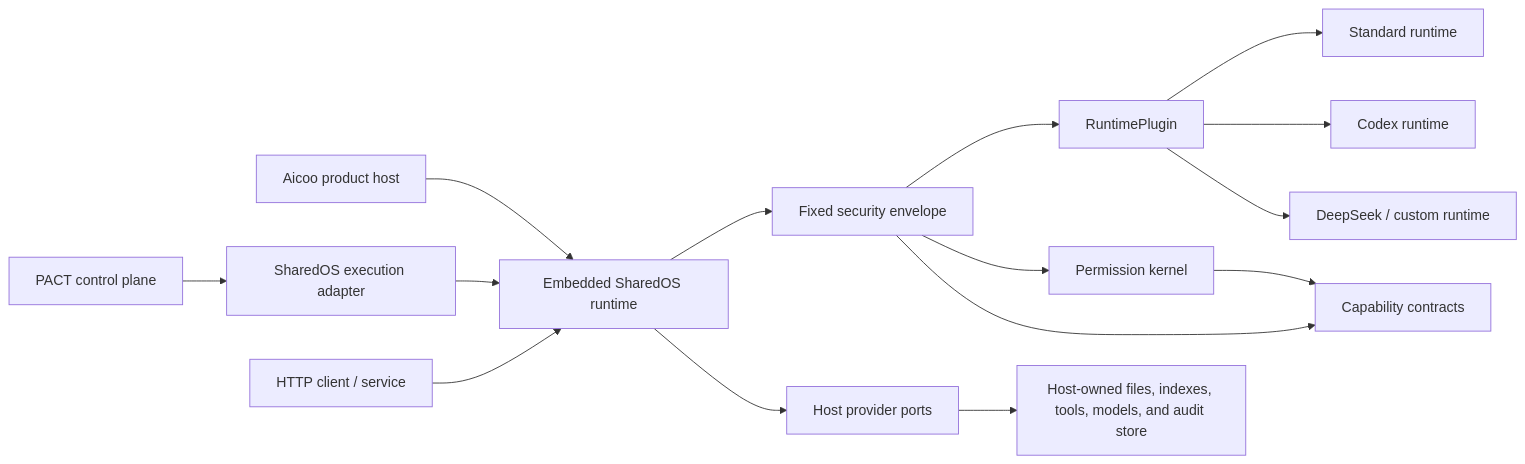
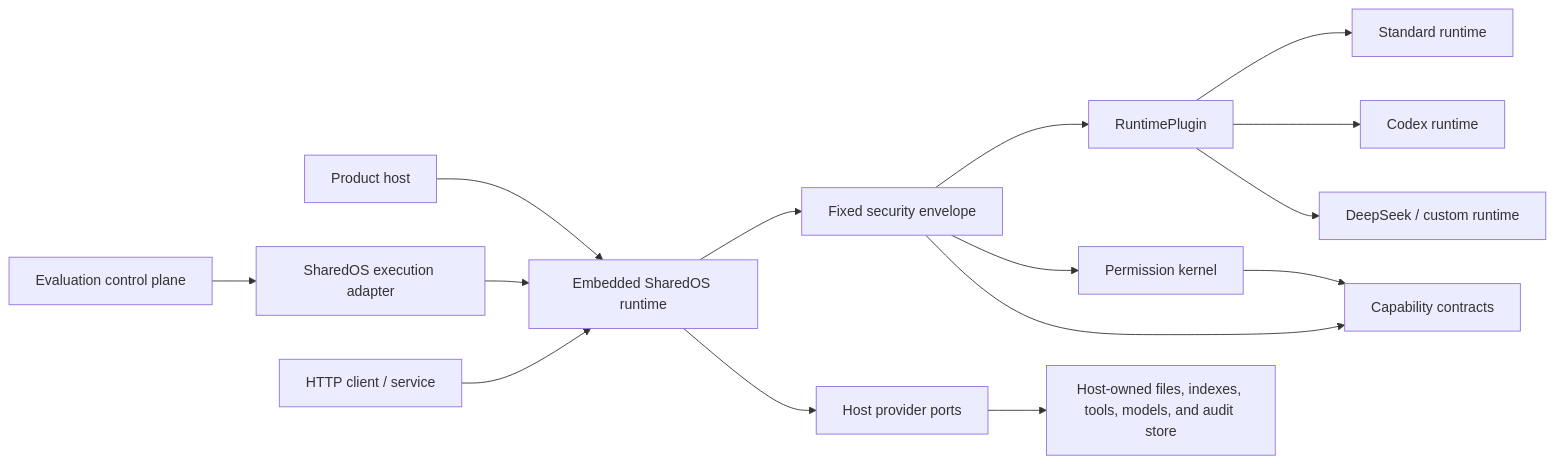
Before and after one commit to Aicoo-Team/SharedOS: the diagram in README.md, drawn with Mermaid. The commit also changed other lines of this file and 14 other files, not shown here.

First line of the commit message:
docs: explain why SharedOS exists and drop host-specific naming

````diff
--- a/README.md
+++ b/README.md
@@ -87,17 +87,17 @@
 ```mermaid
 flowchart LR
-  A["Aicoo product host"] --> E["Embedded SharedOS runtime"]
-  P["PACT control plane"] --> X["SharedOS execution adapter"]
+  A["Product host"] --> E["Embedded SharedOS runtime"]
+  P["Evaluation control plane"] --> X["SharedOS execution adapter"]
   X --> E
   H["HTTP client / service"] --> E
   E --> K["Fixed security envelope"]
   K --> R["RuntimePlugin"]
   R --> RS["Standard runtime"]
   R --> RC["Codex runtime"]
   R --> RD["DeepSeek / custom runtime"]
   K --> PK["Permission kernel"]
   PK --> C["Capability contracts"]
   K --> C
   E --> HP["Host provider ports"]
   HP --> D["Host-owned files, indexes, tools, models, and audit store"]
 ```
````
